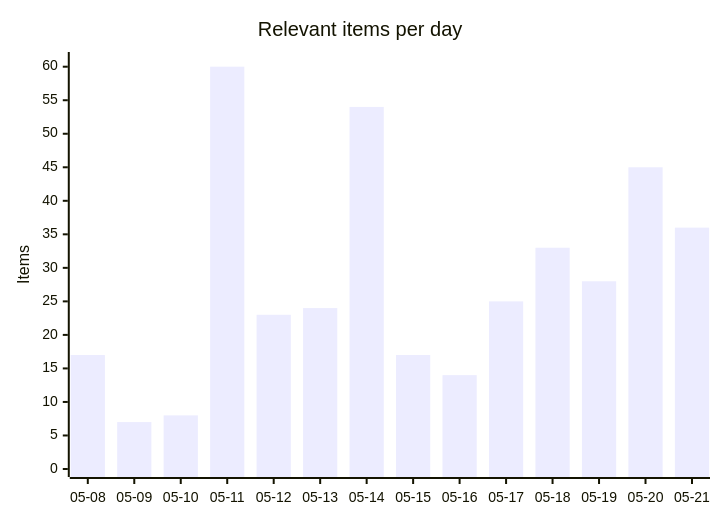
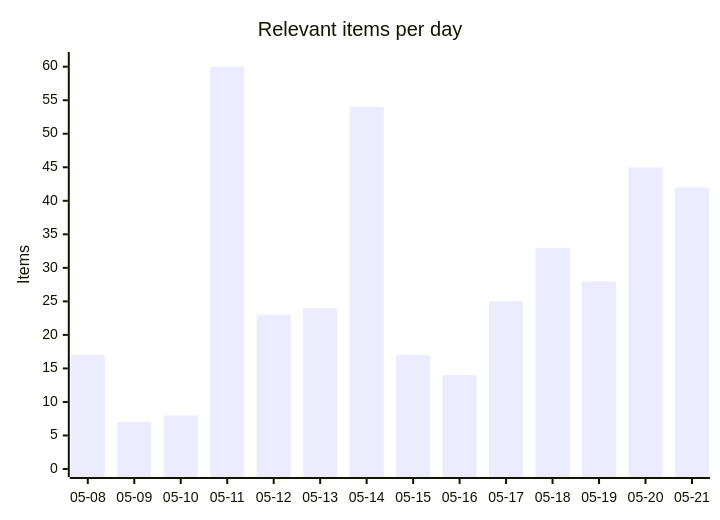
Before and after one commit to martinbalfanz/social-scanner-reports: the first of 4 diagrams in README.md, drawn with Mermaid. The commit also changed other lines of this file and 4 other files, not shown here.

````diff
--- a/README.md
+++ b/README.md
@@ -30,7 +30,7 @@
 ```mermaid
 xychart-beta
     title "Relevant items per day"
     x-axis ["05-08", "05-09", "05-10", "05-11", "05-12", "05-13", "05-14", "05-15", "05-16", "05-17", "05-18", "05-19", "05-20", "05-21"]
     y-axis "Items" 0 --> 61
-    bar [17, 7, 8, 60, 23, 24, 54, 17, 14, 25, 33, 28, 45, 36]
+    bar [17, 7, 8, 60, 23, 24, 54, 17, 14, 25, 33, 28, 45, 42]
 ```
````
